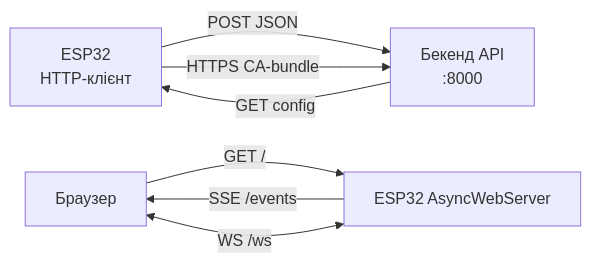
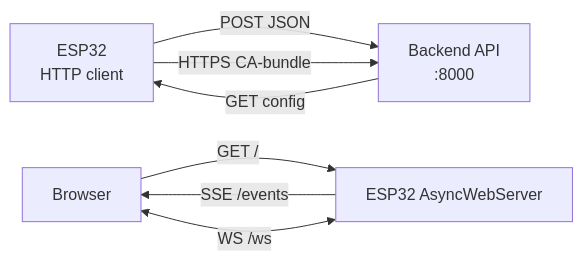
Before and after one commit to ksalab/embedded-reference: the diagram in obsidian_vault/ESP32-Reference/EN/15-Protocols/03-HTTP-Client.en.md, drawn with Mermaid. The commit also changed other lines of this file and 76 other files, not shown here.

````diff
--- a/obsidian_vault/ESP32-Reference/EN/15-Protocols/03-HTTP-Client.en.md
+++ b/obsidian_vault/ESP32-Reference/EN/15-Protocols/03-HTTP-Client.en.md
@@ -75,9 +75,9 @@
 ```mermaid
 graph LR
-    ESP[ESP32<br/>HTTP-клієнт] -->|POST JSON| API[Бекенд API<br/>:8000]
+    ESP[ESP32<br/>HTTP client] -->|POST JSON| API[Backend API<br/>:8000]
     API -->|GET config| ESP
     ESP -->|HTTPS CA-bundle| API
-    BR[Браузер] -->|GET /| WEB[ESP32 AsyncWebServer]
+    BR[Browser] -->|GET /| WEB[ESP32 AsyncWebServer]
     WEB -->|SSE /events| BR
     WEB <-->|WS /ws| BR
 ```
````
